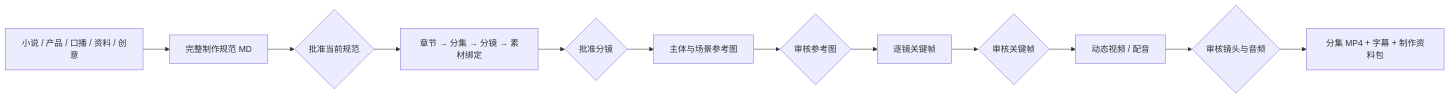
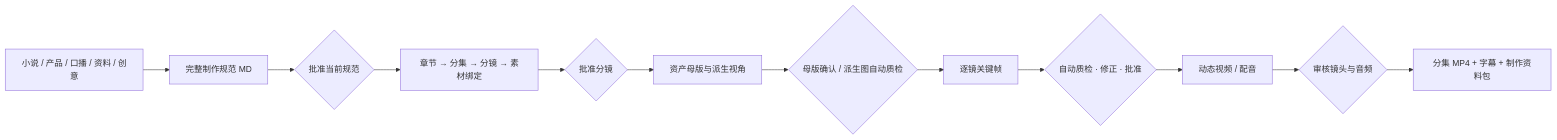
Before and after one commit to lhh92xcc/frameweave: the diagram in README.md, drawn with Mermaid. The commit also changed other lines of this file and 34 other files, not shown here.

````diff
--- a/README.md
+++ b/README.md
@@ -11,14 +11,14 @@
 ```mermaid
 flowchart LR
  A[小说 / 产品 / 口播 / 资料 / 创意] --> B[完整制作规范 MD]
  B --> C{批准当前规范}
  C --> D[章节 → 分集 → 分镜 → 素材绑定]
  D --> E{批准分镜}
- E --> F[主体与场景参考图]
- F --> G{审核参考图}
+ E --> F[资产母版与派生视角]
+ F --> G{母版确认 / 派生图自动质检}
  G --> H[逐镜关键帧]
- H --> I{审核关键帧}
+ H --> I{自动质检 · 修正 · 批准}
  I --> J[动态视频 / 配音]
  J --> K{审核镜头与音频}
  K --> L[分集 MP4 + 字幕 + 制作资料包]
 ```
````
